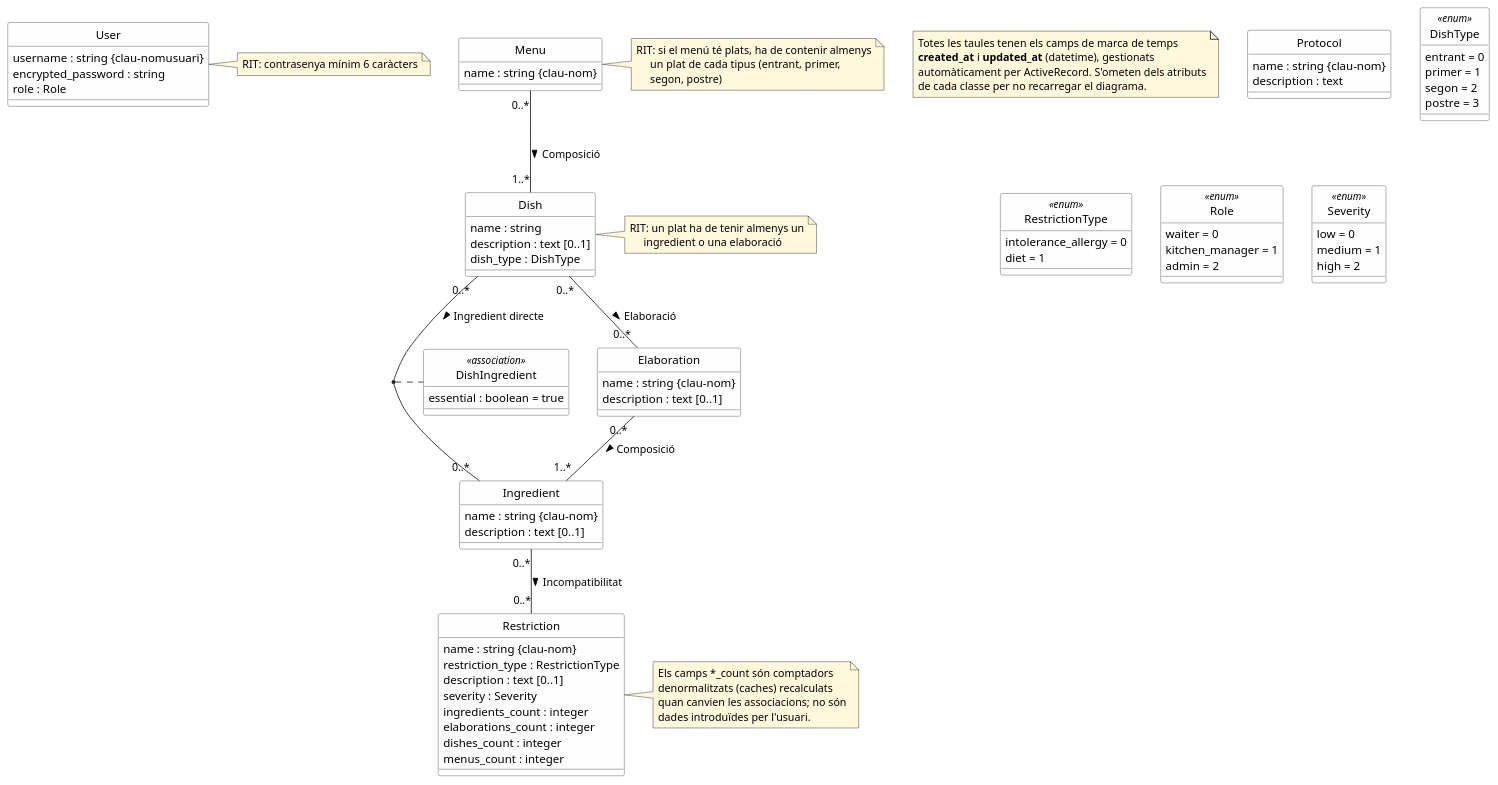
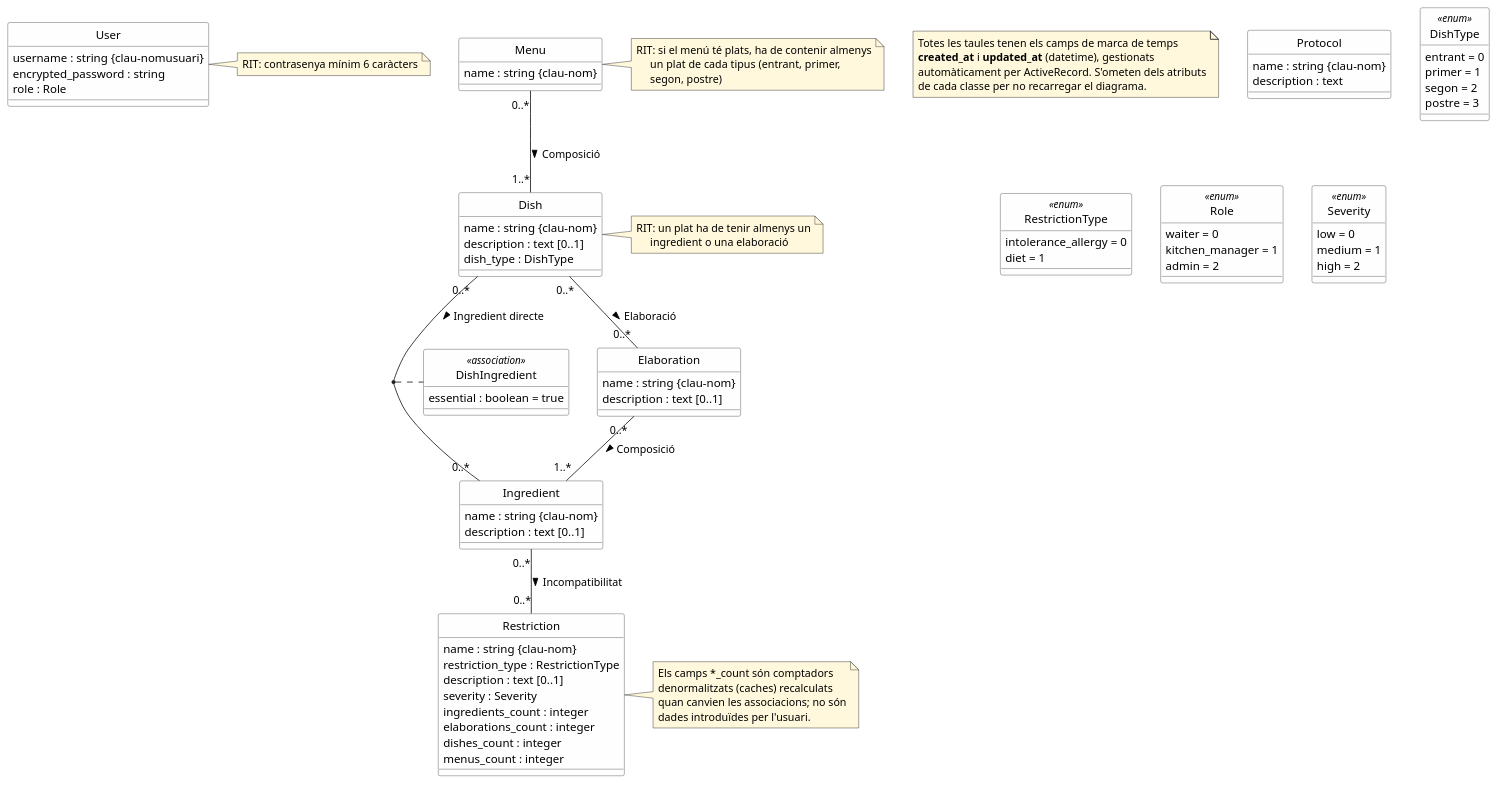
One commit to Magi-gb/Serf-APP changed the diagram in doc/architecture/uml-class-diagram.puml. Above: the diagram before and after it, drawn with PlantUML. The commit also changed 6 other files, not shown here.

```diff
--- a/doc/architecture/uml-class-diagram.puml
+++ b/doc/architecture/uml-class-diagram.puml
@@ -1,140 +1,140 @@
 @startuml Serf - Diagrama de classes
 
 ' Generat a partir de db/schema.rb (versió 2026_06_01_101457)
 ' Convencions:
 '   {id}         -> clau primària (a la dreta del tipus)
 '   {clau-xxx}   -> restricció UNIQUE (a la dreta del tipus)
 '   [0..1]       -> atribut opcional (a la dreta del tipus).
 '                   Tot atribut sense aquesta marca s'assumeix obligatori.
 '   RIT          -> Restricció d'Integritat Textual
 
 skinparam classAttributeIconSize 0
 skinparam classBackgroundColor #FEFEFE
 skinparam classBorderColor #444444
 skinparam noteBackgroundColor #FFF8DC
 hide circle
 
 ' ===========================================================================
 ' ENTITATS
 ' ===========================================================================
 
 note as TimestampsNote
   Totes les taules tenen els camps de marca de temps
   **created_at** i **updated_at** (datetime), gestionats
   automàticament per ActiveRecord. S'ometen dels atributs
   de cada classe per no recarregar el diagrama.
 end note
 
 class User {
   username : string {clau-nomusuari}
   encrypted_password : string
   role : Role
 }
 note right of User
   RIT: contrasenya mínim 6 caràcters
 end note
 
 class Menu {
   name : string {clau-nom}
 }
 note right of Menu
   RIT: si el menú té plats, ha de contenir almenys
        un plat de cada tipus (entrant, primer,
        segon, postre)
 end note
 
 class Dish {
-  name : string
+  name : string {clau-nom}
   description : text [0..1]
   dish_type : DishType
 }
 note right of Dish
   RIT: un plat ha de tenir almenys un
        ingredient o una elaboració
 end note
 
 class Elaboration {
   name : string {clau-nom}
   description : text [0..1]
 }
 
 class Ingredient {
   name : string {clau-nom}
   description : text [0..1]
 }
 
 class Restriction {
   name : string {clau-nom}
   restriction_type : RestrictionType
   description : text [0..1]
   severity : Severity
   ingredients_count : integer
   elaborations_count : integer
   dishes_count : integer
   menus_count : integer
 }
 note right of Restriction
   Els camps *_count són comptadors
   denormalitzats (caches) recalculats
   quan canvien les associacions; no són
   dades introduïdes per l'usuari.
 end note
 
 class Protocol {
   name : string {clau-nom}
   description : text
 }
 
 ' ===========================================================================
 ' ENUMERACIONS
 ' ===========================================================================
 ' A nivell de BD es desen com enters; aquí es modelen com a tipus
 ' enumerats per fer explícits els valors permesos. La correspondència
 ' enter ↔ símbol és la mateixa que defineixen els `enum` d'ActiveRecord.
 
 enum DishType <<enum>> {
   entrant = 0
   primer = 1
   segon = 2
   postre = 3
 }
 
 enum RestrictionType <<enum>> {
   intolerance_allergy = 0
   diet = 1
 }
 
 enum Role <<enum>> {
   waiter = 0
   kitchen_manager = 1
   admin = 2
 }
 
 enum Severity <<enum>> {
   low = 0
   medium = 1
   high = 2
 }
 
 ' ===========================================================================
 ' ASSOCIACIONS N..N (nom en català + cardinalitats)
 ' ===========================================================================
 
 Menu "0..*" -- "1..*" Dish : Composició >
 
 ' Un plat es construeix amb ingredients directes i/o elaboracions.
 Dish "0..*" -- "0..*" Ingredient : Ingredient directe >
 Dish "0..*" -- "0..*" Elaboration : Elaboració >
 
 ' L'atribut `essential` distingeix els ingredients bloquejants dels
 ' substituïbles dins d'un plat: és la regla de domini clau del sistema.
 class DishIngredient <<association>> {
   essential : boolean = true
 }
 (Dish, Ingredient) .. DishIngredient
 
 Elaboration "0..*" -- "1..*" Ingredient : Composició >
 
 Ingredient "0..*" -- "0..*" Restriction : Incompatibilitat >
 
 @enduml
```
